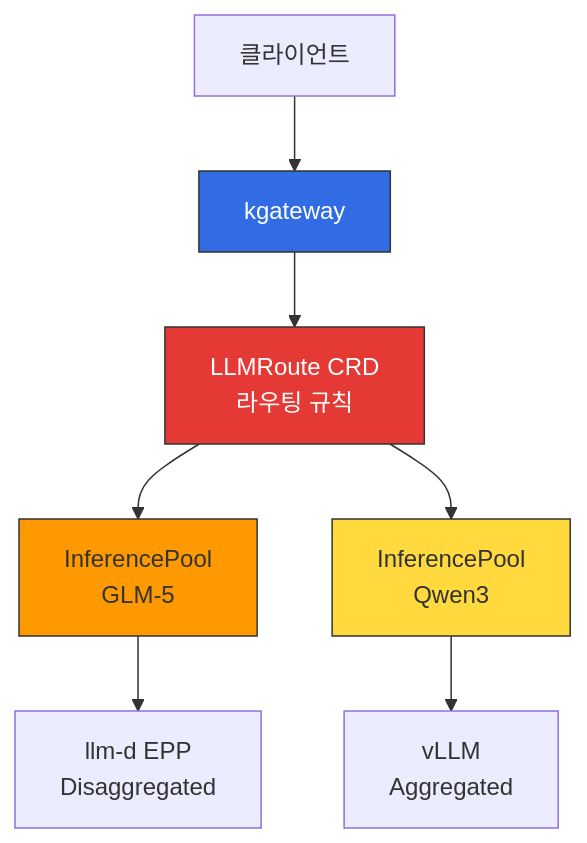
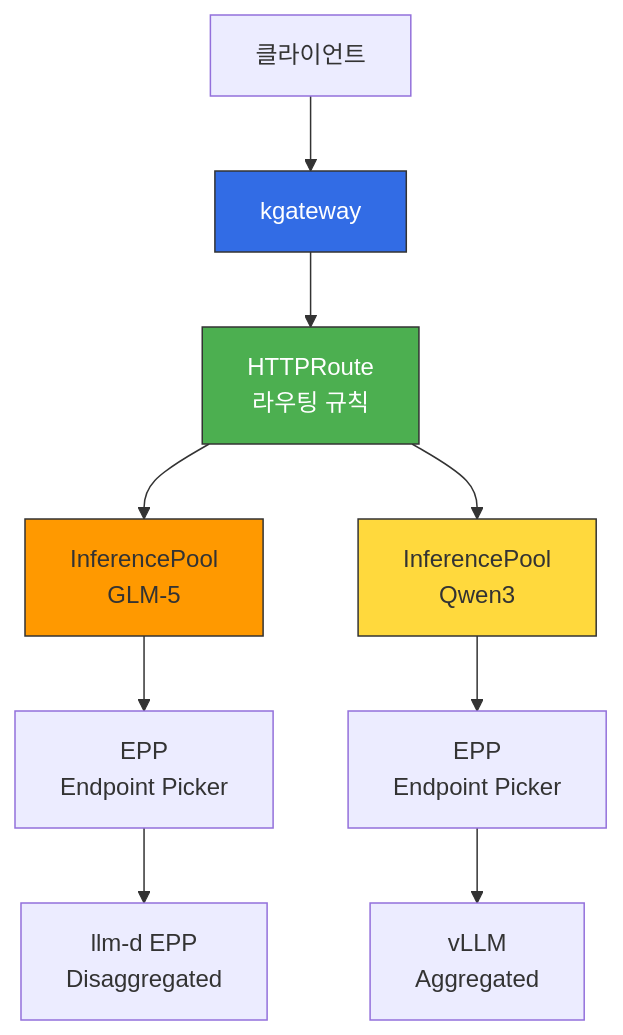
The sixth of 6 diagrams in docs/agentic-ai-platform/reference-architecture/inference-gateway/routing-strategy.md (devfloor9/engineering-playbook), drawn with Mermaid before and after one commit. The commit also changed other lines of this file and 87 other files, not shown here.

````diff
--- a/docs/agentic-ai-platform/reference-architecture/inference-gateway/routing-strategy.md
+++ b/docs/agentic-ai-platform/reference-architecture/inference-gateway/routing-strategy.md
@@ -526,14 +525,16 @@
 ```mermaid
 graph TB
     Client[클라이언트] --> Gateway[kgateway]
-    Gateway --> LLMRoute[LLMRoute CRD<br/>라우팅 규칙]
-    LLMRoute --> Pool1[InferencePool<br/>GLM-5]
-    LLMRoute --> Pool2[InferencePool<br/>Qwen3]
-    Pool1 --> LLMD1[llm-d EPP<br/>Disaggregated]
-    Pool2 --> VLLM[vLLM<br/>Aggregated]
+    Gateway --> HTTPRoute[HTTPRoute<br/>라우팅 규칙]
+    HTTPRoute --> Pool1[InferencePool<br/>GLM-5]
+    HTTPRoute --> Pool2[InferencePool<br/>Qwen3]
+    Pool1 --> EPP1[EPP<br/>Endpoint Picker]
+    Pool2 --> EPP2[EPP<br/>Endpoint Picker]
+    EPP1 --> LLMD1[llm-d EPP<br/>Disaggregated]
+    EPP2 --> VLLM[vLLM<br/>Aggregated]
     
     style Gateway fill:#326ce5,stroke:#333,color:#fff
-    style LLMRoute fill:#e53935,stroke:#333,color:#fff
+    style HTTPRoute fill:#4caf50,stroke:#333,color:#fff
     style Pool1 fill:#ff9900,stroke:#333
     style Pool2 fill:#ffd93d,stroke:#333
 ```
````
